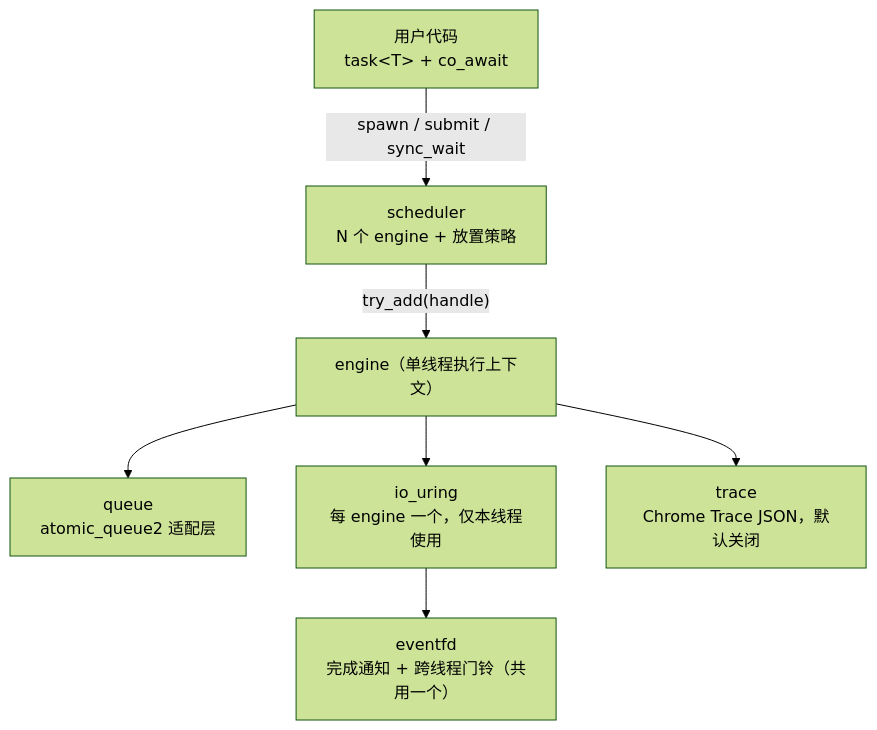
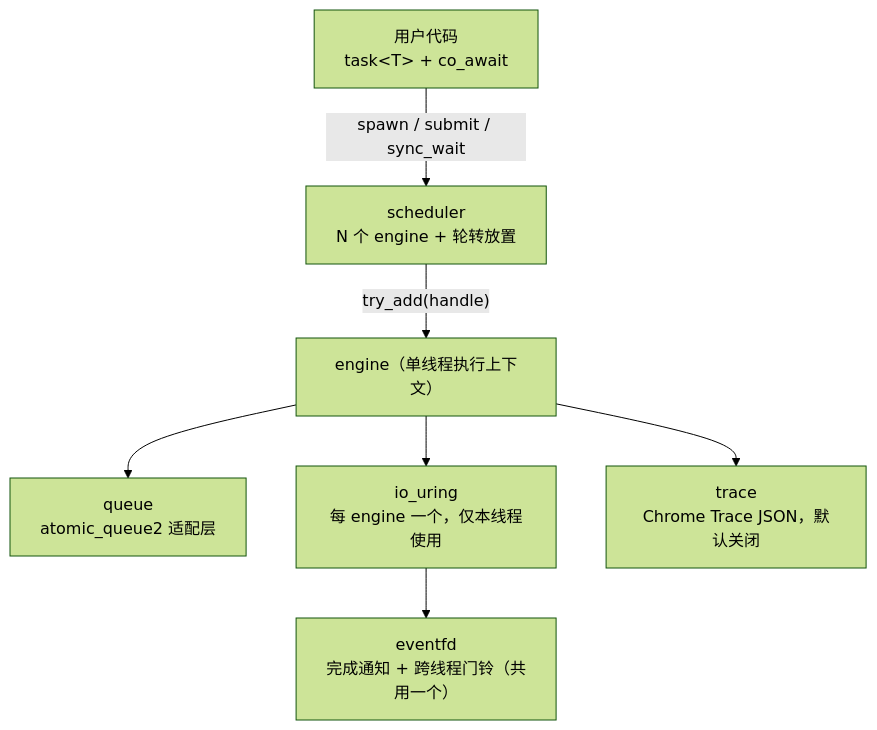
Before and after one commit to Fux-i/llco: the diagram in docs/architecture.md, drawn with Mermaid (forest theme). The commit also changed other lines of this file and 4 other files, not shown here.

Commit message:
docs: scheduler, ADR-0005, roadmap M8

````diff
--- a/docs/architecture.md
+++ b/docs/architecture.md
@@ -24,9 +24,9 @@
 ```mermaid
 flowchart TB
-  U["用户代码<br/>task&lt;T&gt; + co_await"] -->|"spawn / submit / sync_wait"| S["scheduler<br/>N 个 engine + 放置策略"]
+  U["用户代码<br/>task&lt;T&gt; + co_await"] -->|"spawn / submit / sync_wait"| S["scheduler<br/>N 个 engine + 轮转放置"]
   S -->|"try_add(handle)"| E["engine（单线程执行上下文）"]
   E --> Q["queue<br/>atomic_queue2 适配层"]
   E --> R["io_uring<br/>每 engine 一个，仅本线程使用"]
   R --> F["eventfd<br/>完成通知 + 跨线程门铃（共用一个）"]
   E --> T["trace<br/>Chrome Trace JSON，默认关闭"]
 ```
````
